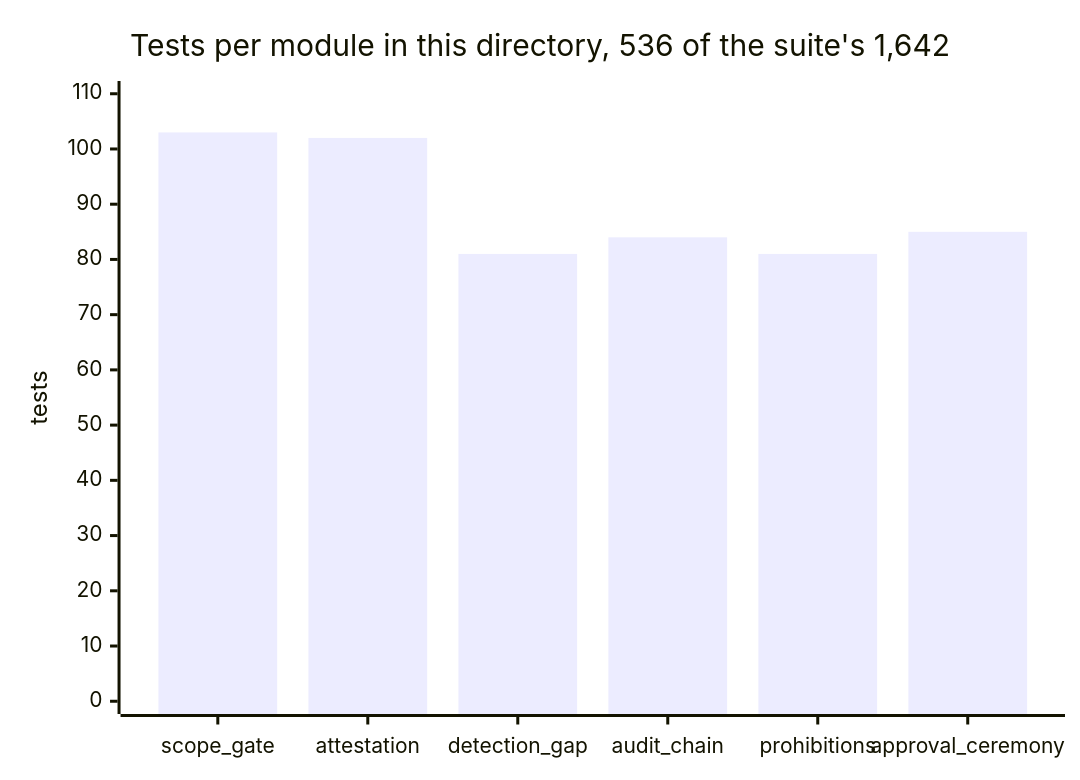
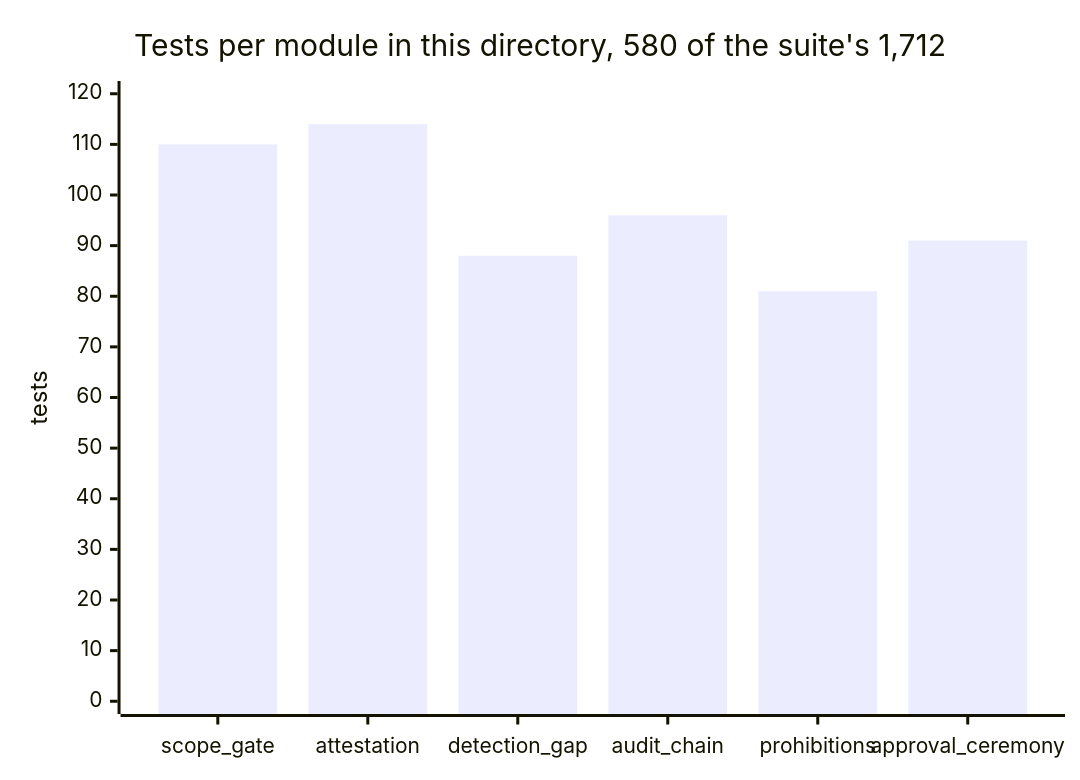
The ninth of 10 diagrams in blackgate/README.md (greeklinux/Showcase), drawn with Mermaid before and after one commit. The commit also changed other lines of this file and 34 other files, not shown here.

````diff
--- a/blackgate/README.md
+++ b/blackgate/README.md
@@ -827,7 +827,7 @@
 ```mermaid
 xychart-beta
-    title "Tests per module in this directory, 536 of the suite's 1,642"
+    title "Tests per module in this directory, 580 of the suite's 1,712"
     x-axis ["scope_gate", "attestation", "detection_gap", "audit_chain", "prohibitions", "approval_ceremony"]
-    y-axis "tests" 0 --> 110
-    bar [103, 102, 81, 84, 81, 85]
+    y-axis "tests" 0 --> 120
+    bar [110, 114, 88, 96, 81, 91]
 ```
````
